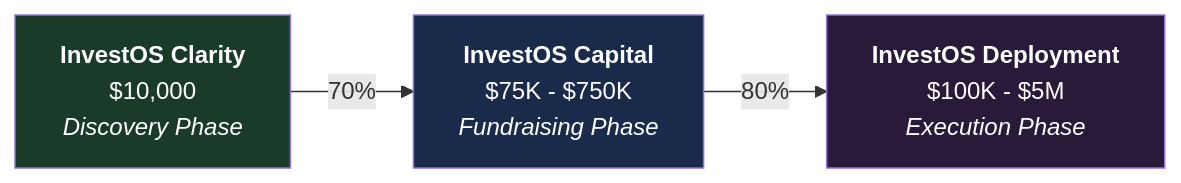
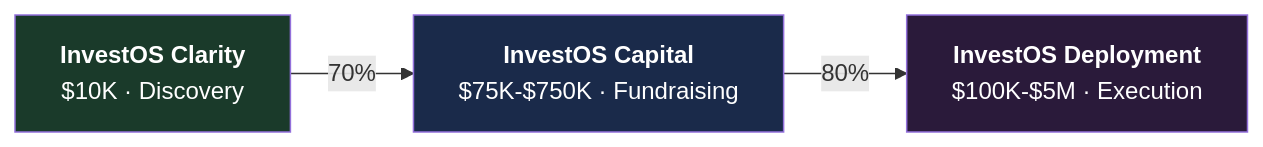
Before and after one commit to Light-Brands/qie: the first of 6 diagrams in InvestOS/INVESTOS_MASTER_OVERVIEW.md, drawn with Mermaid. The commit also changed other lines of this file and 4 other files, not shown here.

First line of the commit message:
Fix Mermaid diagram label truncation across all docs

````diff
--- a/InvestOS/INVESTOS_MASTER_OVERVIEW.md
+++ b/InvestOS/INVESTOS_MASTER_OVERVIEW.md
@@ -41,12 +41,12 @@
 ```mermaid
 flowchart LR
-    IC["<b>InvestOS Clarity</b><br/>$10,000<br/><i>Discovery Phase</i>"]
-    II["<b>InvestOS Capital</b><br/>$75K - $750K<br/><i>Fundraising Phase</i>"]
-    ID["<b>InvestOS Deployment</b><br/>$100K - $5M<br/><i>Execution Phase</i>"]
+    IC["<b>InvestOS Clarity</b><br/>$10K · Discovery"]
+    II["<b>InvestOS Capital</b><br/>$75K-$750K · Fundraising"]
+    ID["<b>InvestOS Deployment</b><br/>$100K-$5M · Execution"]
 
     IC -->|"70%"| II -->|"80%"| ID
 
     style IC fill:#1a3a2a,color:#fff
     style II fill:#1a2a4a,color:#fff
     style ID fill:#2a1a3a,color:#fff
 ```
````
